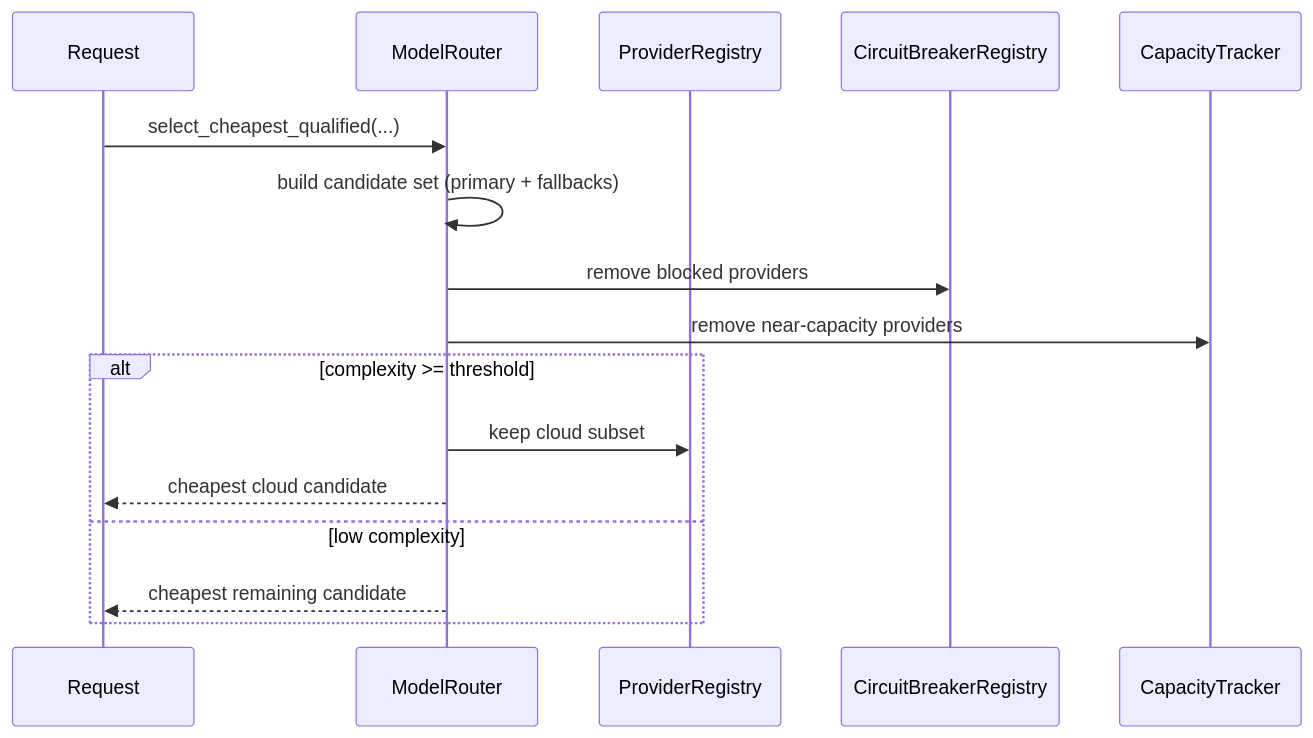
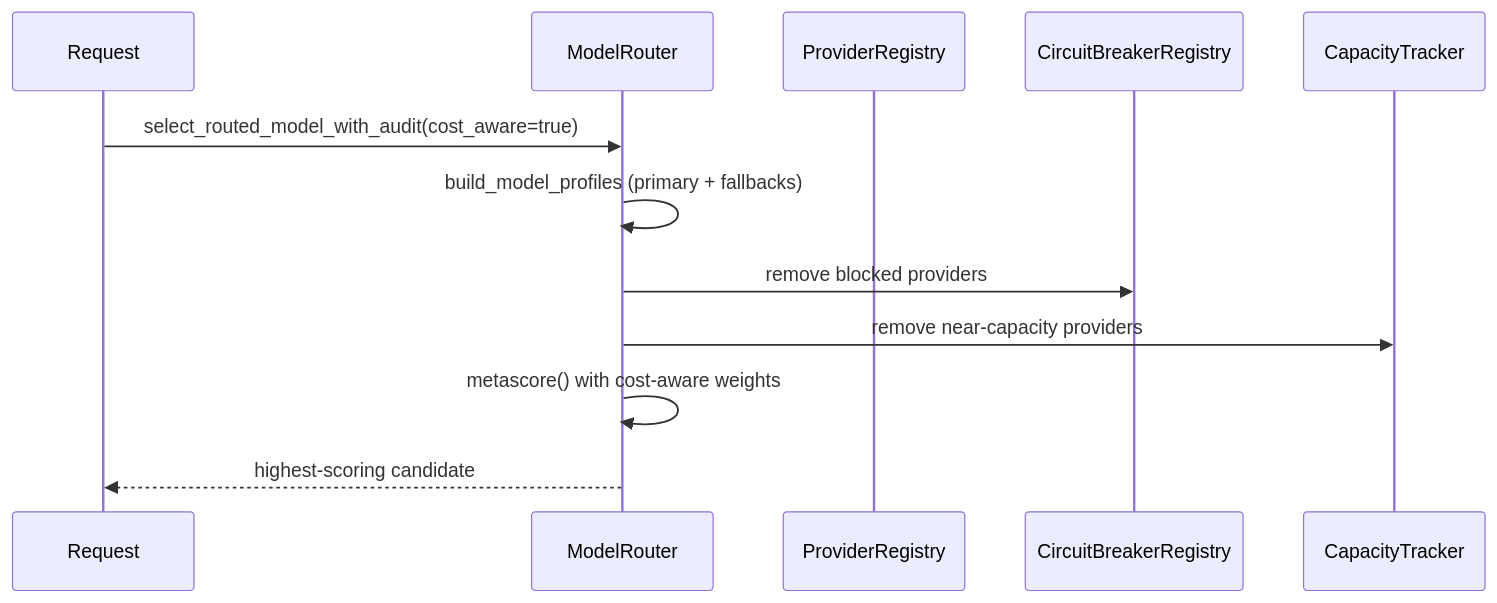
The third of 4 diagrams in docs/architecture/router-audit.md (robot-accomplice/ironclad), drawn with Mermaid before and after one commit. The commit also changed other lines of this file and 3 other files, not shown here.

First line of the commit message:
docs: update architecture docs for unified pipeline architecture

````diff
--- a/docs/architecture/router-audit.md
+++ b/docs/architecture/router-audit.md
@@ -67,19 +69,15 @@
 ```mermaid
 sequenceDiagram
   participant Req as Request
   participant Rt as ModelRouter
   participant Reg as ProviderRegistry
   participant Br as CircuitBreakerRegistry
   participant Cap as CapacityTracker
 
-  Req->>Rt: select_cheapest_qualified(...)
-  Rt->>Rt: build candidate set (primary + fallbacks)
+  Req->>Rt: select_routed_model_with_audit(cost_aware=true)
+  Rt->>Rt: build_model_profiles (primary + fallbacks)
   Rt->>Br: remove blocked providers
   Rt->>Cap: remove near-capacity providers
-  alt complexity >= threshold
-    Rt->>Reg: keep cloud subset
-    Rt-->>Req: cheapest cloud candidate
-  else low complexity
-    Rt-->>Req: cheapest remaining candidate
-  end
+  Rt->>Rt: metascore() with cost-aware weights
+  Rt-->>Req: highest-scoring candidate
 ```
````
